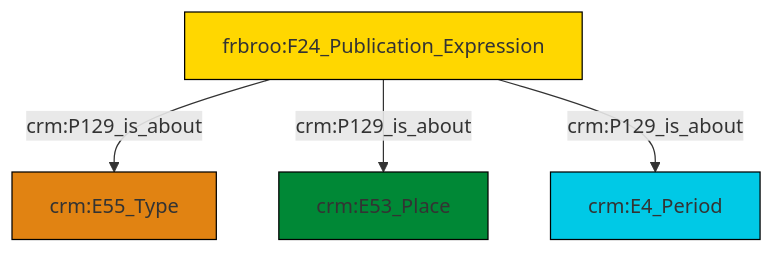
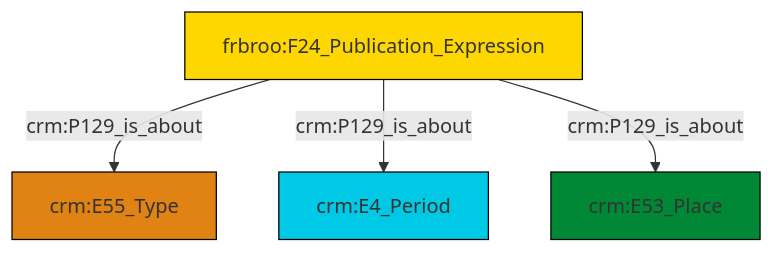
Before and after one commit to swiss-art-research-net/docs.swissartresearch: the diagram in et/biblioCSV/ttl/mmd/biblio_aboutness.ttl.mmd, drawn with Mermaid. The commit also changed 208 other files, not shown here.

```diff
--- a/et/biblioCSV/ttl/mmd/biblio_aboutness.ttl.mmd
+++ b/et/biblioCSV/ttl/mmd/biblio_aboutness.ttl.mmd
@@ -1,18 +1,18 @@
 graph TD
 classDef Literal fill:#f2f2f2,stroke:#000000;
 classDef CRM_Entity fill:#FFFFFF,stroke:#000000;
 classDef Temporal_Entity fill:#00C9E6, stroke:#000000;
 classDef Type fill:#E18312, stroke:#000000;
 classDef Time-Span fill:#2C9C91, stroke:#000000;
 classDef Appellation fill:#FFEB7F, stroke:#000000;
 classDef Place fill:#008836, stroke:#000000;
 classDef Persistent_Item fill:#B266B2, stroke:#000000;
 classDef Conceptual_Object fill:#FFD700, stroke:#000000;
 classDef Physical_Thing fill:#D2B48C, stroke:#000000;
 classDef Actor fill:#f58aad, stroke:#000000;
 classDef PC_Classes fill:#4ce600, stroke:#000000;
 classDef Multi fill:#cccccc,stroke:#000000;
 
-0["frbroo:F24_Publication_Expression"]:::Conceptual_Object -->|crm:P129_is_about| 2["crm:E55_Type"]:::Type
-0["frbroo:F24_Publication_Expression"]:::Conceptual_Object -->|crm:P129_is_about| 3["crm:E53_Place"]:::Place
-0["frbroo:F24_Publication_Expression"]:::Conceptual_Object -->|crm:P129_is_about| 6["crm:E4_Period"]:::Temporal_Entity
+0["frbroo:F24_Publication_Expression"]:::Conceptual_Object -->|crm:P129_is_about| 1["crm:E55_Type"]:::Type
+0["frbroo:F24_Publication_Expression"]:::Conceptual_Object -->|crm:P129_is_about| 5["crm:E4_Period"]:::Temporal_Entity
+0["frbroo:F24_Publication_Expression"]:::Conceptual_Object -->|crm:P129_is_about| 2["crm:E53_Place"]:::Place
```
